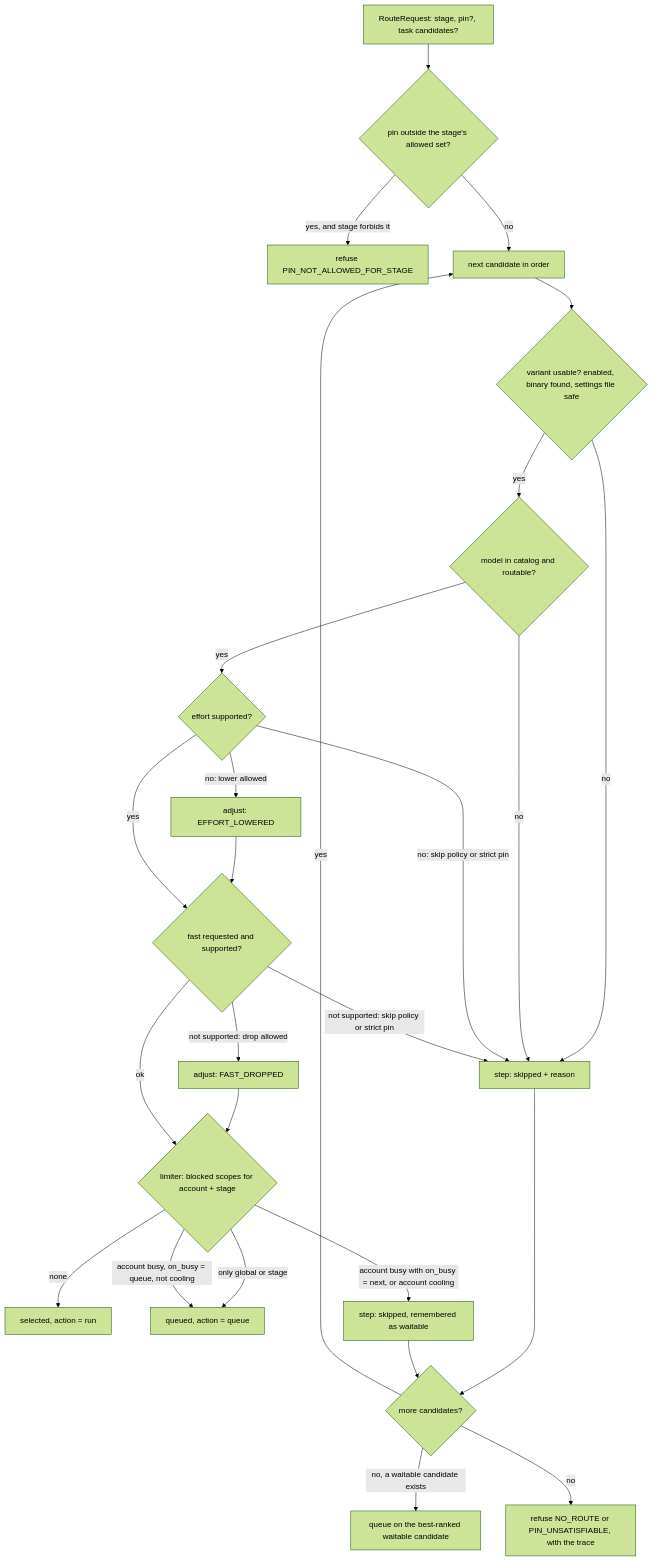
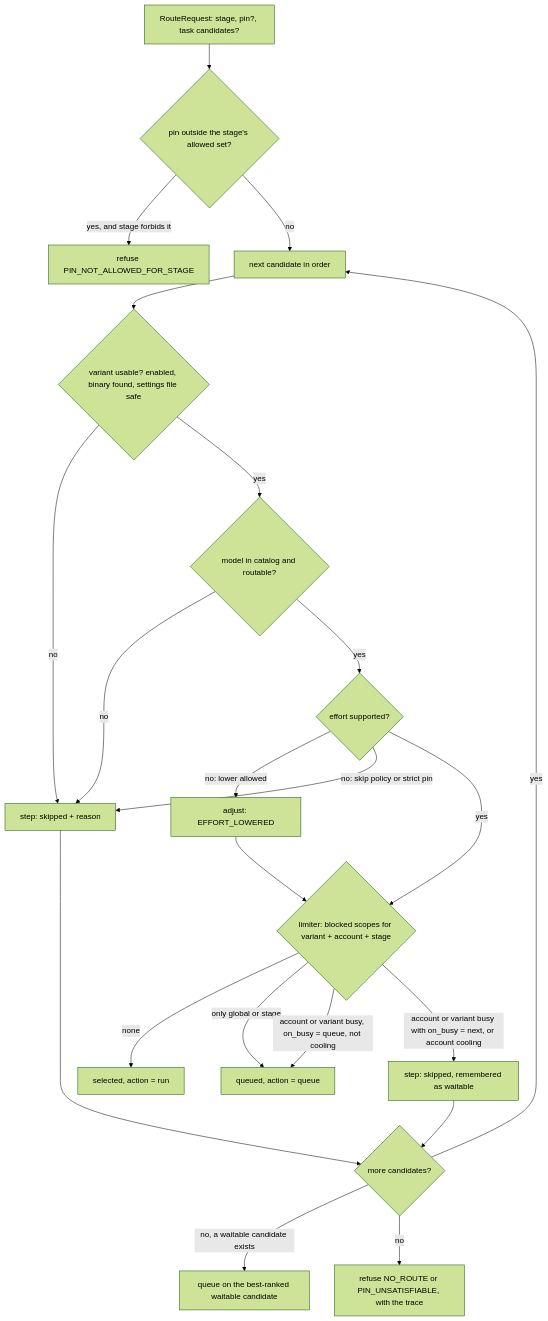
One commit to lucky-goals/goals-tmux-skill changed the fourth of 6 diagrams in docs/proposals/2026-11-13-cli-platform-final-design.md. Above: the diagram before and after it, drawn with Mermaid (forest theme). The commit also changed other lines of this file and 18 other files, not shown here.

````diff
--- a/docs/proposals/2026-11-13-cli-platform-final-design.md
+++ b/docs/proposals/2026-11-13-cli-platform-final-design.md
@@ -455,24 +685,21 @@
 ```mermaid
 flowchart TD
     A["RouteRequest: stage, pin?, task candidates?"] --> B{"pin outside the stage's allowed set?"}
     B -->|"yes, and stage forbids it"| R1["refuse PIN_NOT_ALLOWED_FOR_STAGE"]
     B -->|no| C["next candidate in order"]
     C --> D{"variant usable? enabled, binary found, settings file safe"}
     D -->|no| S["step: skipped + reason"] --> N{"more candidates?"}
     D -->|yes| E{"model in catalog and routable?"}
     E -->|no| S
     E -->|yes| F{"effort supported?"}
-    F -->|"no: lower allowed"| F2["adjust: EFFORT_LOWERED"] --> G
+    F -->|"no: lower allowed"| F2["adjust: EFFORT_LOWERED"] --> H
     F -->|"no: skip policy or strict pin"| S
-    F -->|yes| G{"fast requested and supported?"}
-    G -->|"not supported: drop allowed"| G2["adjust: FAST_DROPPED"] --> H
-    G -->|"not supported: skip policy or strict pin"| S
-    G -->|"ok"| H{"limiter: blocked scopes for account + stage"}
+    F -->|yes| H{"limiter: blocked scopes for variant + account + stage"}
     H -->|none| OK["selected, action = run"]
     H -->|"only global or stage"| Q["queued, action = queue"]
-    H -->|"account busy, on_busy = queue, not cooling"| Q
-    H -->|"account busy with on_busy = next, or account cooling"| S2["step: skipped, remembered as waitable"] --> N
+    H -->|"account or variant busy, on_busy = queue, not cooling"| Q
+    H -->|"account or variant busy with on_busy = next, or account cooling"| S2["step: skipped, remembered as waitable"] --> N
     N -->|yes| C
     N -->|"no, a waitable candidate exists"| Q2["queue on the best-ranked waitable candidate"]
     N -->|"no"| R2["refuse NO_ROUTE or PIN_UNSATISFIABLE, with the trace"]
 ```
````
